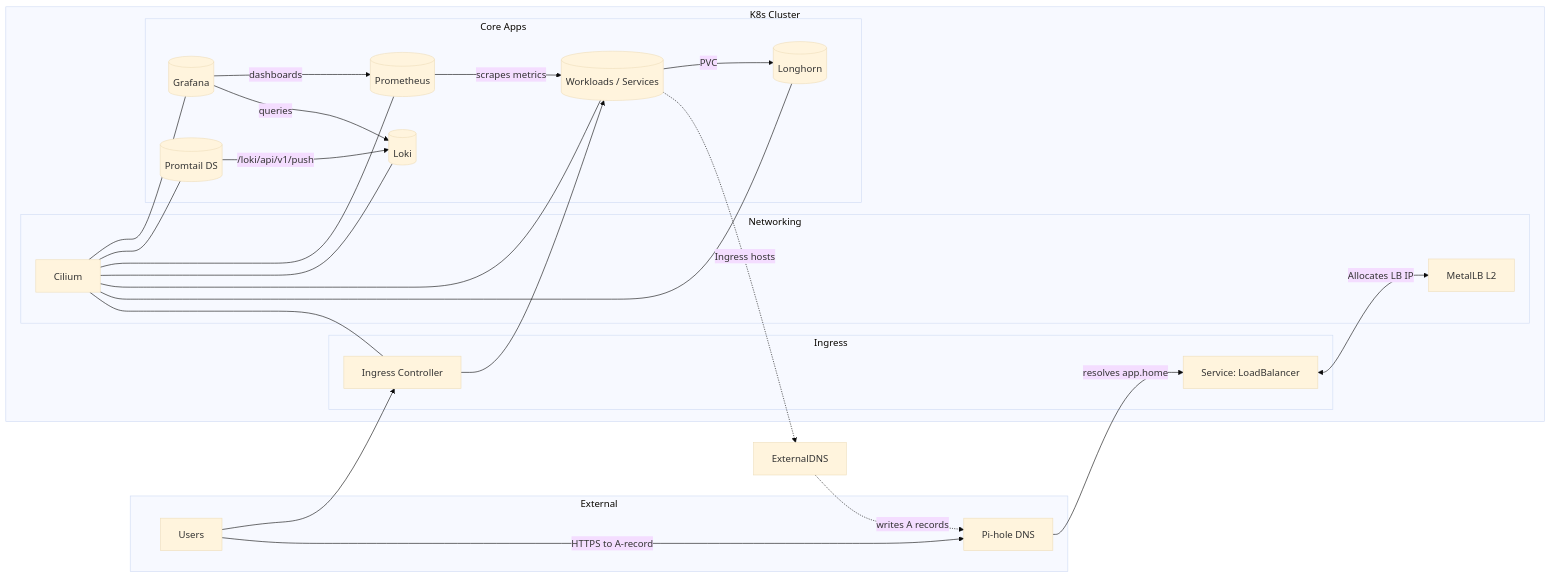
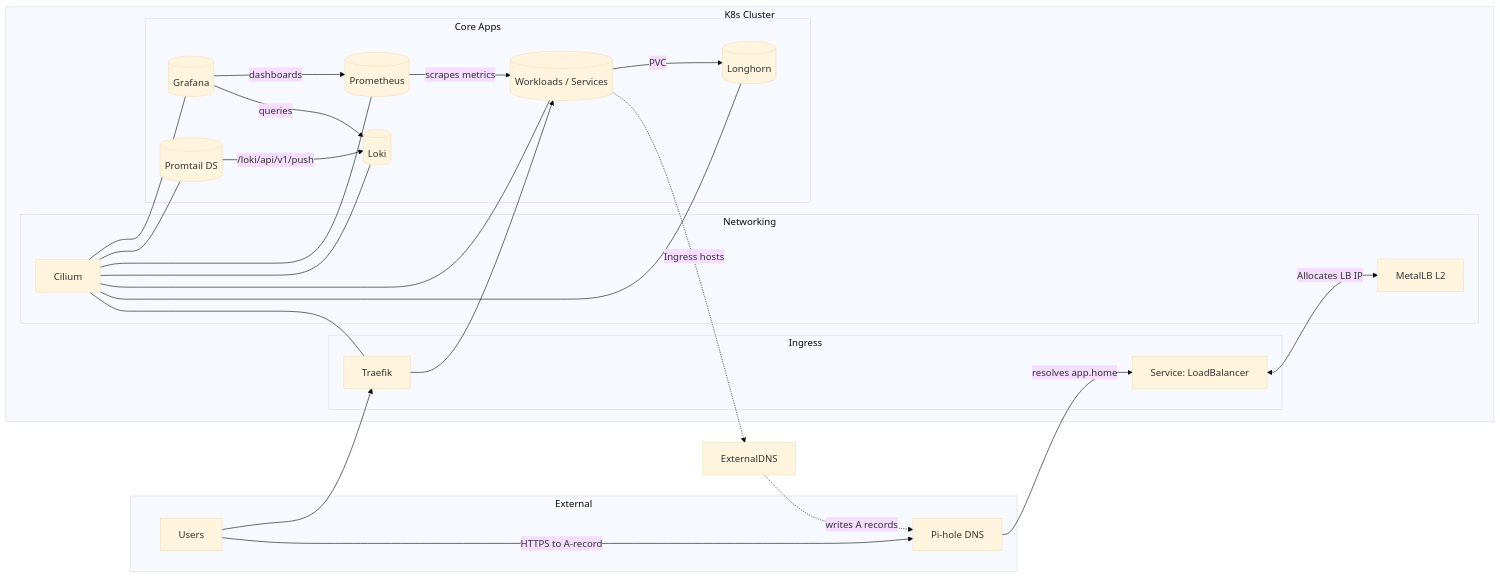
The diagram in README.md (palmieridev/homelab), drawn with Mermaid (base theme) before and after one commit. The commit also changed other lines of this file and 1 other file, not shown here.

````diff
--- a/README.md
+++ b/README.md
@@ -36,56 +36,56 @@
 ```mermaid
 flowchart LR
   subgraph External
     U[Users]
     PH[Pi-hole DNS]
   end
 
   subgraph Cluster_K8s_Talos[K8s Cluster]
     subgraph Networking[Networking]
       CNI[Cilium]
       ML[MetalLB L2]
     end
 
     subgraph Ingress[Ingress]
-      NGINX[Ingress Controller]
+      TRAEFIK[Traefik]
       SVCIngress[Service: LoadBalancer]
     end
 
     subgraph CoreApps[Core Apps]
       APP1[(Workloads / Services)]
       APP2[(Grafana)]
       APP3[(Prometheus)]
       APP4[(Loki)]
       APP5[(Promtail DS)]
       APP6[(Longhorn)]
     end
   end
 
   %% Data/Control Flow
   U -->|HTTPS to A-record| PH
   PH -->|resolves app.home| SVCIngress
   SVCIngress <-->|Allocates LB IP| ML
-  U --> NGINX --> APP1
+  U --> TRAEFIK --> APP1
 
   %% DNS automation
   EDNS[ExternalDNS] -. writes A records .-> PH
   APP1 -. Ingress hosts .-> EDNS
 
   %% Storage
   APP1 -->|PVC| APP6
 
   %% Observability
   APP5 -->|/loki/api/v1/push| APP4
   APP2 -->|queries| APP4
   APP3 -->|scrapes metrics| APP1
   APP2 -->|dashboards| APP3
 
   %% Internal fabric
-  CNI --- NGINX
+  CNI --- TRAEFIK
   CNI --- APP1
   CNI --- APP2
   CNI --- APP3
   CNI --- APP4
   CNI --- APP5
   CNI --- APP6
 ```
````
